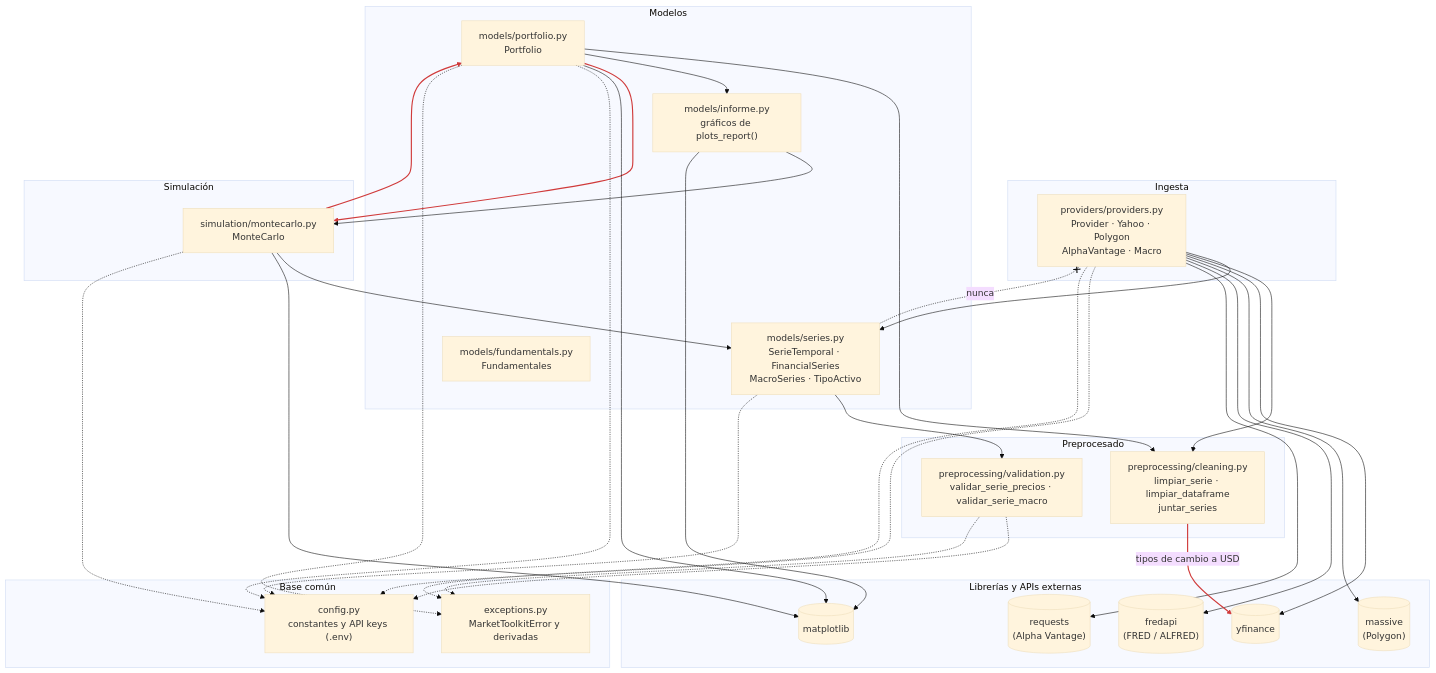
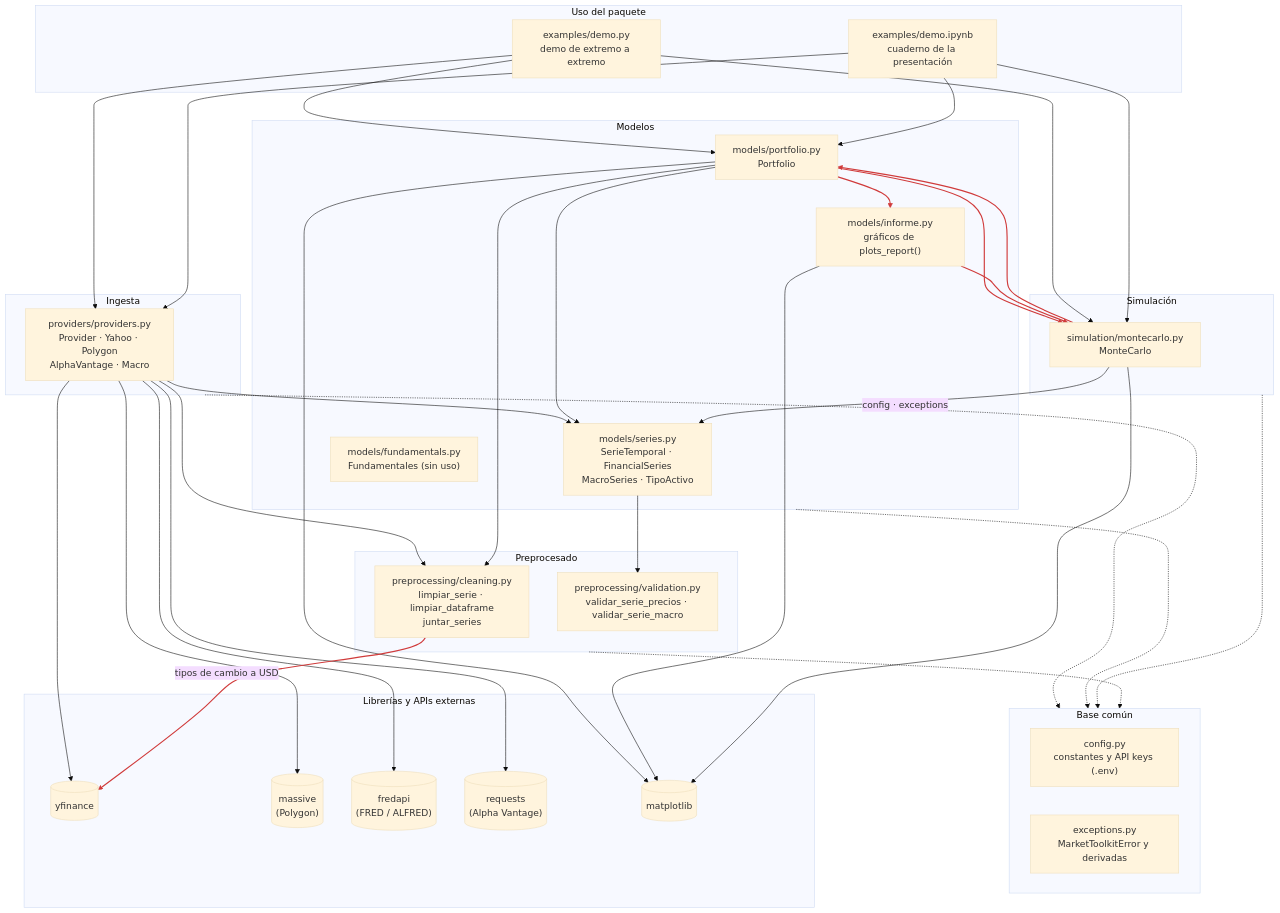
The diagram in docs/architecture/diagramas/dependencias_actual.mmd (JAVIIFDEEZ/market-toolkit), drawn with Mermaid (base theme) before and after one commit. The commit also changed 8 other files, not shown here.

Commit message:
0.3.4. (docs): Diagramas de arquitectura al día con ETF, rechazo de índices y ciclo de importaciones.

```diff
--- a/docs/architecture/diagramas/dependencias_actual.mmd
+++ b/docs/architecture/diagramas/dependencias_actual.mmd
@@ -1,64 +1,80 @@
 flowchart TB
-    subgraph externas["Librerías y APIs externas"]
-        yf[("yfinance")]
-        massive[("massive<br/>(Polygon)")]
-        fredapi[("fredapi<br/>(FRED / ALFRED)")]
-        req[("requests<br/>(Alpha Vantage)")]
-        mpl[("matplotlib")]
+    subgraph uso["Uso del paquete"]
+        demo["examples/demo.py<br/>demo de extremo a extremo"]
+        notebook["examples/demo.ipynb<br/>cuaderno de la presentación"]
     end
 
     subgraph ingesta["Ingesta"]
         providers["providers/providers.py<br/>Provider · Yahoo · Polygon<br/>AlphaVantage · Macro"]
     end
 
     subgraph modelos["Modelos"]
-        series["models/series.py<br/>SerieTemporal · FinancialSeries<br/>MacroSeries · TipoActivo"]
-        fundamentals["models/fundamentals.py<br/>Fundamentales"]
         portfolio["models/portfolio.py<br/>Portfolio"]
         informe["models/informe.py<br/>gráficos de plots_report()"]
+        series["models/series.py<br/>SerieTemporal · FinancialSeries<br/>MacroSeries · TipoActivo"]
+        fundamentals["models/fundamentals.py<br/>Fundamentales (sin uso)"]
     end
 
     subgraph sim["Simulación"]
         montecarlo["simulation/montecarlo.py<br/>MonteCarlo"]
     end
 
     subgraph prep["Preprocesado"]
         cleaning["preprocessing/cleaning.py<br/>limpiar_serie · limpiar_dataframe<br/>juntar_series"]
         validation["preprocessing/validation.py<br/>validar_serie_precios · validar_serie_macro"]
     end
 
     subgraph base["Base común"]
         config["config.py<br/>constantes y API keys (.env)"]
         exceptions["exceptions.py<br/>MarketToolkitError y derivadas"]
     end
 
+    subgraph externas["Librerías y APIs externas"]
+        yf[("yfinance")]
+        massive[("massive<br/>(Polygon)")]
+        fredapi[("fredapi<br/>(FRED / ALFRED)")]
+        req[("requests<br/>(Alpha Vantage)")]
+        mpl[("matplotlib")]
+    end
+
+    %% Uso
+    demo --> providers
+    demo --> portfolio
+    demo --> montecarlo
+    notebook --> providers
+    notebook --> portfolio
+    notebook --> montecarlo
+
+    %% Ingesta
     providers --> series
     providers --> cleaning
     providers --> yf
     providers --> massive
     providers --> fredapi
     providers --> req
-    series --> validation
-    portfolio --> cleaning
-    portfolio --> informe
+
+    %% Modelos y simulación (las tres primeras forman un ciclo)
     portfolio --> montecarlo
     montecarlo --> portfolio
     informe --> montecarlo
+    portfolio --> informe
+    portfolio --> series
+    portfolio --> cleaning
     montecarlo --> series
-    montecarlo --> mpl
+    series --> validation
+
+    %% Gráficos
     portfolio --> mpl
     informe --> mpl
+    montecarlo --> mpl
+
+    %% Acoplamiento del preprocesado con una fuente de datos
     cleaning -- "tipos de cambio a USD" --> yf
 
-    providers -.-> config
-    providers -.-> exceptions
-    series -.-> config
-    portfolio -.-> config
-    portfolio -.-> exceptions
-    montecarlo -.-> config
-    validation -.-> config
-    validation -.-> exceptions
+    %% Base común: la pueden usar todas las capas
+    ingesta -. "config · exceptions" .-> base
+    modelos -.-> base
+    sim -.-> base
+    prep -.-> base
 
-    series -. "nunca" .-x providers
-
-    linkStyle 9,10,16 stroke:#d03b3b,stroke-width:2px
+    linkStyle 12,13,14,15,23 stroke:#d03b3b,stroke-width:2px
```
